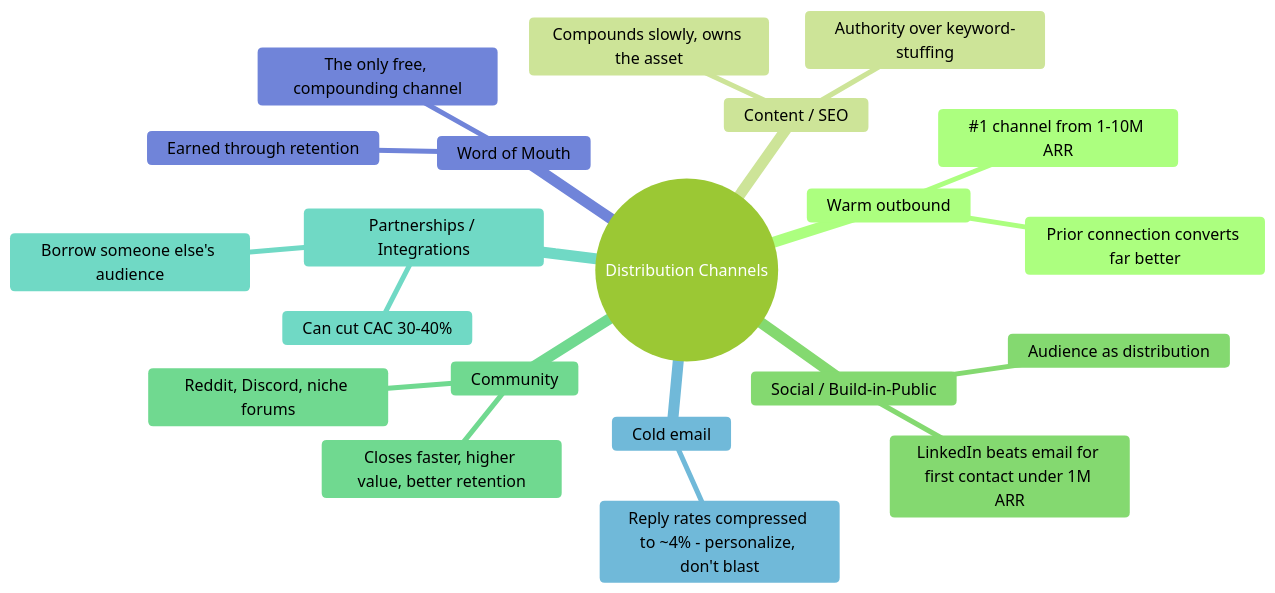
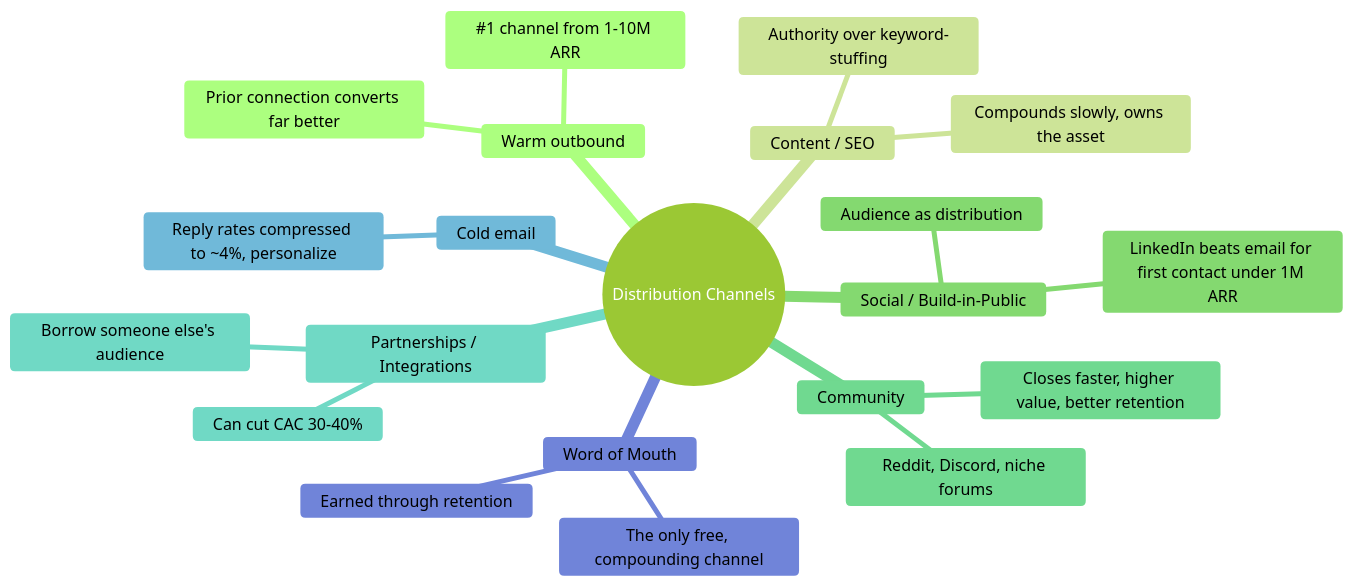
Before and after one commit to Cyvid7-Darus10/peak-self: the seventh of 9 diagrams in business/startup-playbook.md, drawn with Mermaid (forest theme). The commit also changed other lines of this file and 12 other files, not shown here.

````diff
--- a/business/startup-playbook.md
+++ b/business/startup-playbook.md
@@ -237,24 +241,24 @@
 ```mermaid
 mindmap
   root((Distribution Channels))
     Warm outbound
       #1 channel from 1-10M ARR
       Prior connection converts far better
     Content / SEO
       Compounds slowly, owns the asset
       Authority over keyword-stuffing
     Social / Build-in-Public
       Audience as distribution
       LinkedIn beats email for first contact under 1M ARR
     Community
       Reddit, Discord, niche forums
       Closes faster, higher value, better retention
     Partnerships / Integrations
       Borrow someone else's audience
       Can cut CAC 30-40%
     Cold email
-      Reply rates compressed to ~4% - personalize, don't blast
+      Reply rates compressed to ~4%, personalize
     Word of Mouth
       The only free, compounding channel
       Earned through retention
 ```
````
